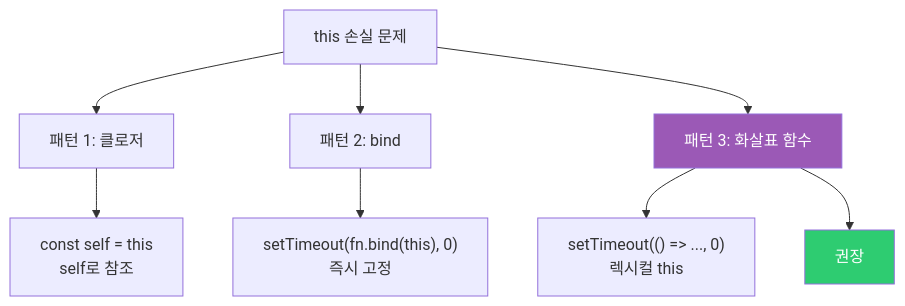
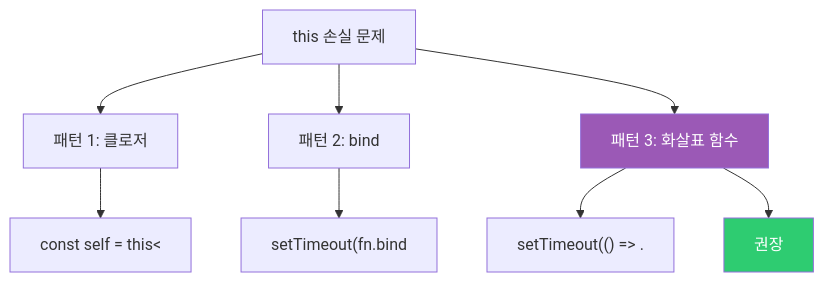
One commit to yjkim2015/yjkim2015.github.io changed the sixth of 7 diagrams in _posts/frontend/2026-05-02-js-this-binding.md. Above: the diagram before and after it, drawn with Mermaid. The commit also changed other lines of this file and 271 other files, not shown here.

First line of the commit message:
Mermaid 라벨 축소: 긴 노드 텍스트 18자 이하로 트림 + \n 제거

````diff
--- a/_posts/frontend/2026-05-02-js-this-binding.md
+++ b/_posts/frontend/2026-05-02-js-this-binding.md
@@ -475,12 +475,12 @@
 ```mermaid
 graph TD
     PROBLEM["this 손실 문제"] --> P1["패턴 1: 클로저"]
     PROBLEM --> P2["패턴 2: bind"]
     PROBLEM --> P3["패턴 3: 화살표 함수"]
-    P1 --> P1D["const self = this<br>self로 참조"]
-    P2 --> P2D["setTimeout(fn.bind(this), 0)<br>즉시 고정"]
-    P3 --> P3D["setTimeout(() => ..., 0)<br>렉시컬 this"]
+    P1 --> P1D["const self = this<"]
+    P2 --> P2D["setTimeout(fn.bind"]
+    P3 --> P3D["setTimeout(() => ."]
     P3 --> BEST["권장"]
     style BEST fill:#2ecc71,color:#fff
     style P3 fill:#9b59b6,color:#fff
 ```
````
